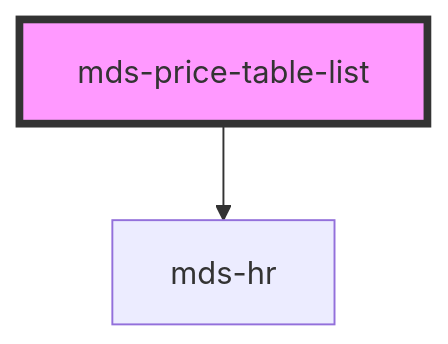
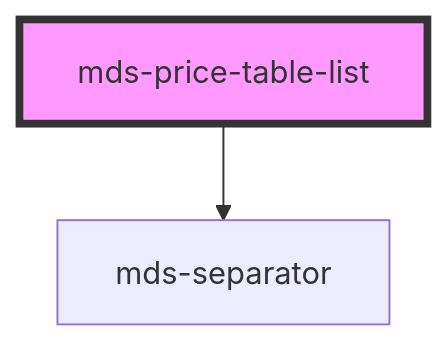
Before and after one commit to magma-design-system/magma: the diagram in projects/stencil/src/components/mds-price-table-list/readme.md, drawn with Mermaid. The commit also changed other lines of this file and 28 other files, not shown here.

Commit message:
feat(mds-price-table): add new components

````diff
--- a/projects/stencil/src/components/mds-price-table-list/readme.md
+++ b/projects/stencil/src/components/mds-price-table-list/readme.md
@@ -24,5 +24,5 @@
 ```mermaid
 graph TD;
-  mds-price-table-list --> mds-hr
+  mds-price-table-list --> mds-separator
   style mds-price-table-list fill:#f9f,stroke:#333,stroke-width:4px
 ```
````
